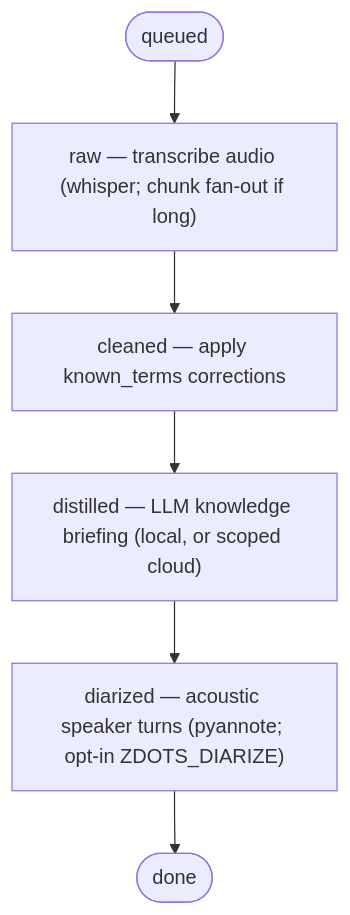
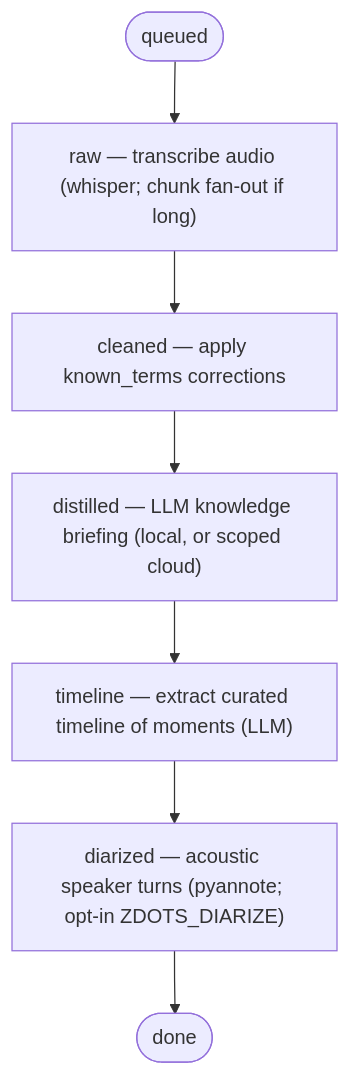
The diagram in docs/generated/ingest-pipeline.mmd (just3ws/zdots), drawn with Mermaid before and after one commit. The commit also changed 1 other file, not shown here.

Commit message:
feat: Add timeline extraction stage to ingest pipeline
Added a timeline stage after distilled in the ingest_media job.
This requests the LLM to output a curated timeline of moments as strict JSON,
which is saved as an artifact and returned to the pipeline.

```diff
--- a/docs/generated/ingest-pipeline.mmd
+++ b/docs/generated/ingest-pipeline.mmd
@@ -1,10 +1,12 @@
 flowchart TD
   queued([queued]) --> raw
   raw["raw — transcribe audio (whisper; chunk fan-out if long)"]
   raw --> cleaned
   cleaned["cleaned — apply known_terms corrections"]
   cleaned --> distilled
   distilled["distilled — LLM knowledge briefing (local, or scoped cloud)"]
-  distilled --> diarized
+  distilled --> timeline
+  timeline["timeline — extract curated timeline of moments (LLM)"]
+  timeline --> diarized
   diarized["diarized — acoustic speaker turns (pyannote; opt-in ZDOTS_DIARIZE)"]
   diarized --> done([done])
```
